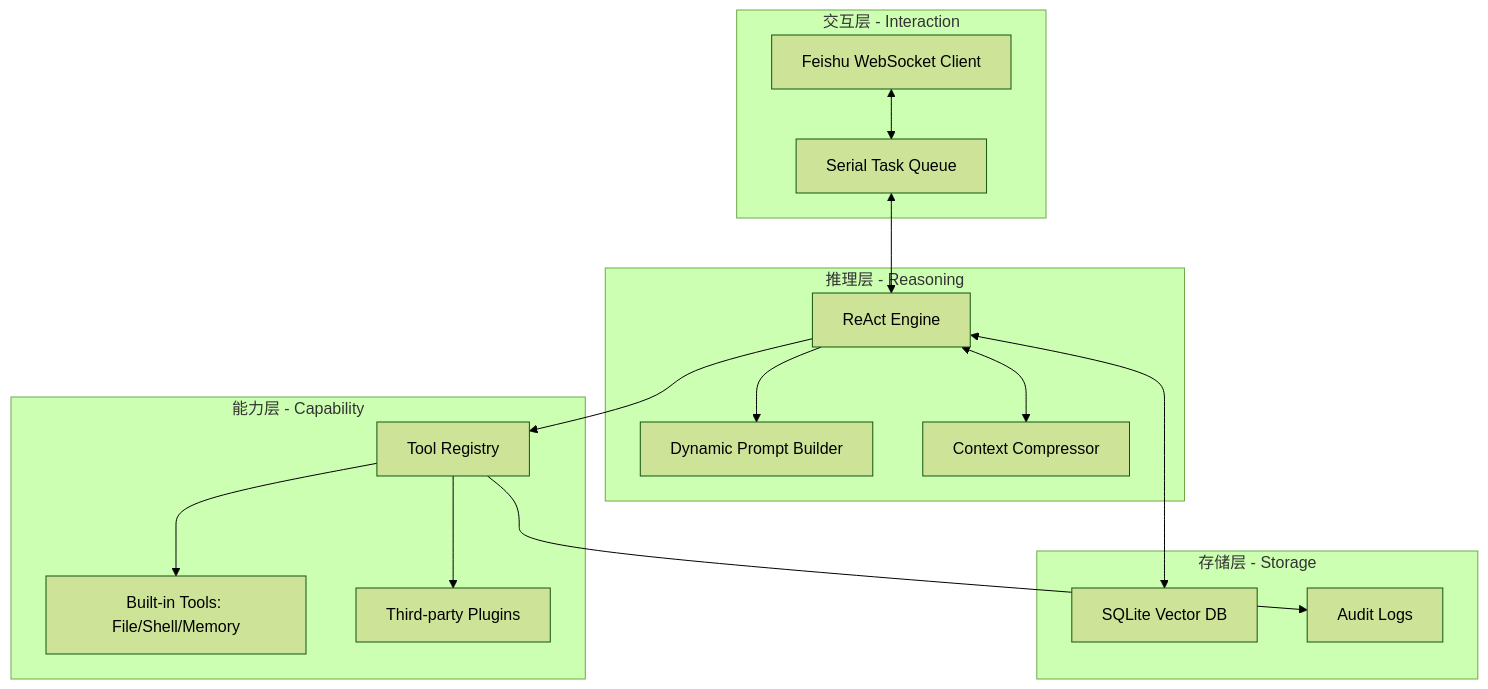
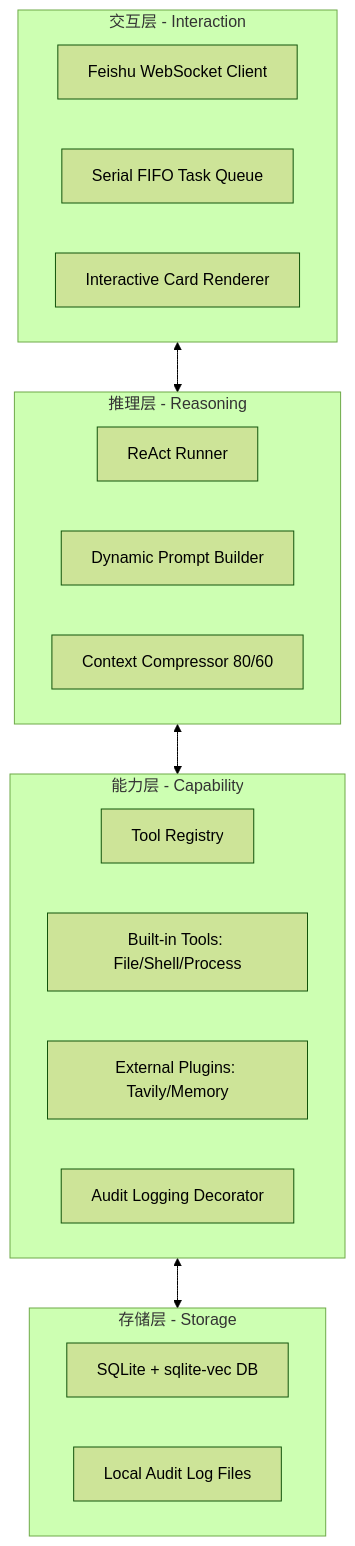
One commit to zx2015/r_man changed the diagram in docs/design/ARCH_OVERVIEW.md. Above: the diagram before and after it, drawn with Mermaid (forest theme). The commit also changed other lines of this file and 21 other files, not shown here.

````diff
--- a/docs/design/ARCH_OVERVIEW.md
+++ b/docs/design/ARCH_OVERVIEW.md
@@ -15,34 +14,30 @@
 ```mermaid
 graph TD
     subgraph Interaction_Layer [交互层 - Interaction]
         A[Feishu WebSocket Client]
-        B[Serial Task Queue]
+        B[Serial FIFO Task Queue]
+        C[Interactive Card Renderer]
     end
 
     subgraph Reasoning_Layer [推理层 - Reasoning]
-        C[ReAct Engine]
-        D[Dynamic Prompt Builder]
-        E[Context Compressor]
+        D[ReAct Runner]
+        E[Dynamic Prompt Builder]
+        F[Context Compressor 80/60]
     end
 
     subgraph Capability_Layer [能力层 - Capability]
-        F[Tool Registry]
-        G[Built-in Tools: File/Shell/Memory]
-        H[Third-party Plugins]
+        G[Tool Registry]
+        H[Built-in Tools: File/Shell/Process]
+        I[External Plugins: Tavily/Memory]
+        J[Audit Logging Decorator]
     end
 
     subgraph Storage_Layer [存储层 - Storage]
-        I[SQLite Vector DB]
-        J[Audit Logs]
+        K[SQLite + sqlite-vec DB]
+        L[Local Audit Log Files]
     end
 
-    A <--> B
-    B <--> C
-    C --> D
-    C --> F
-    F --> G
-    F --> H
-    C <--> E
-    C <--> I
-    F --> J
+    Interaction_Layer <--> Reasoning_Layer
+    Reasoning_Layer <--> Capability_Layer
+    Capability_Layer <--> Storage_Layer
 ```
````
